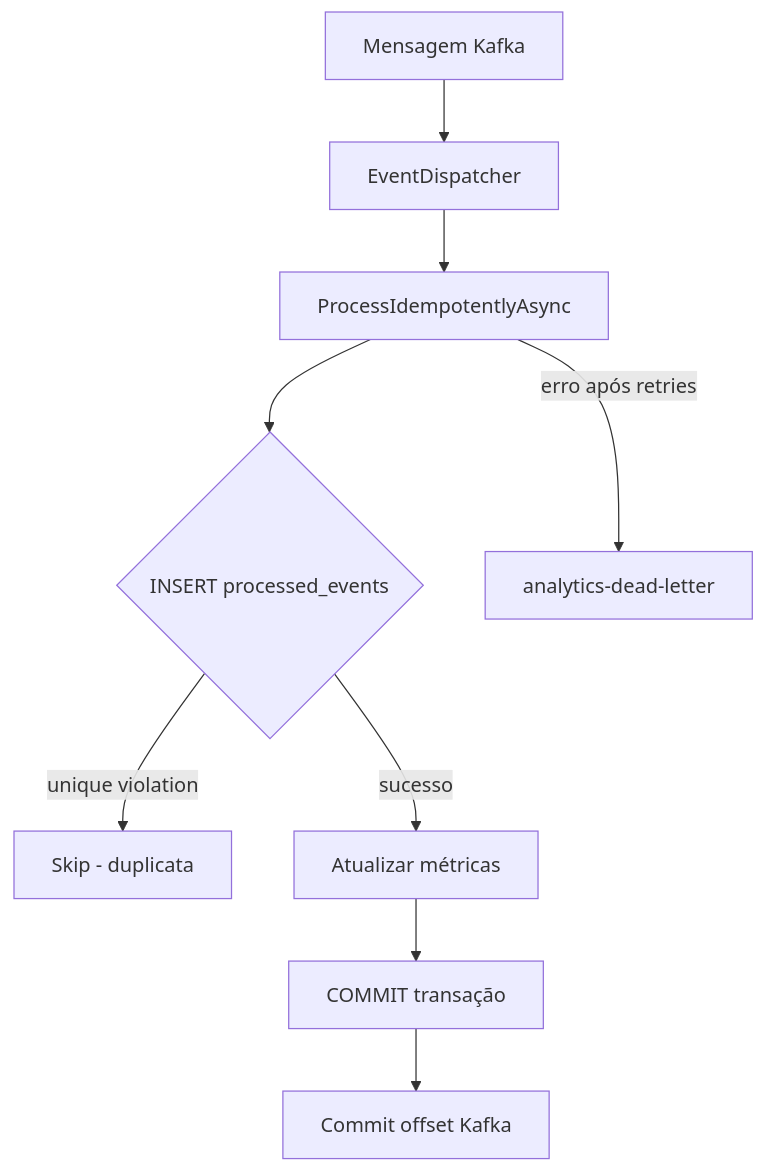
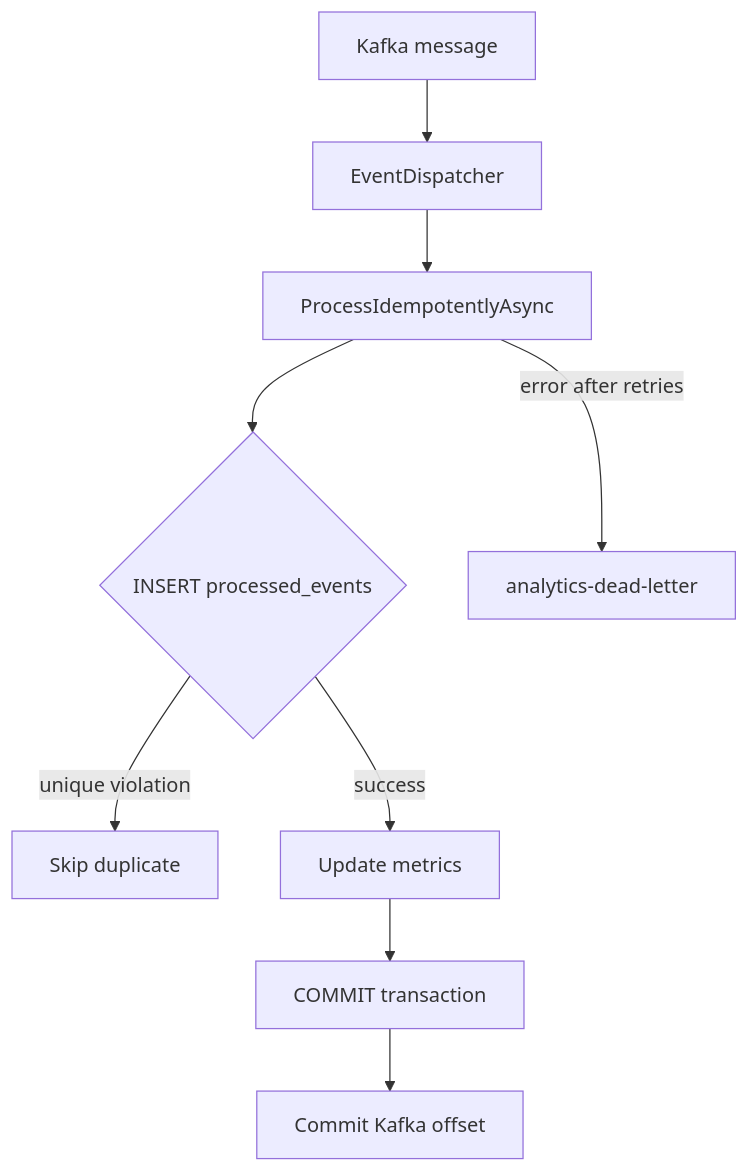
One commit to luismpenholato/EventStreaming.Analytics.Kafka changed the second of 2 diagrams in docs/architecture.md. Above: the diagram before and after it, drawn with Mermaid. The commit also changed other lines of this file and 26 other files, not shown here.

````diff
--- a/docs/architecture.md
+++ b/docs/architecture.md
@@ -48,11 +48,11 @@
 ```mermaid
 flowchart TD
-    A[Mensagem Kafka] --> B[EventDispatcher]
+    A[Kafka message] --> B[EventDispatcher]
     B --> C[ProcessIdempotentlyAsync]
     C --> D{INSERT processed_events}
-    D -->|unique violation| E[Skip - duplicata]
-    D -->|sucesso| F[Atualizar métricas]
-    F --> G[COMMIT transação]
-    G --> H[Commit offset Kafka]
-    C -->|erro após retries| I[analytics-dead-letter]
+    D -->|unique violation| E[Skip duplicate]
+    D -->|success| F[Update metrics]
+    F --> G[COMMIT transaction]
+    G --> H[Commit Kafka offset]
+    C -->|error after retries| I[analytics-dead-letter]
 ```
````
